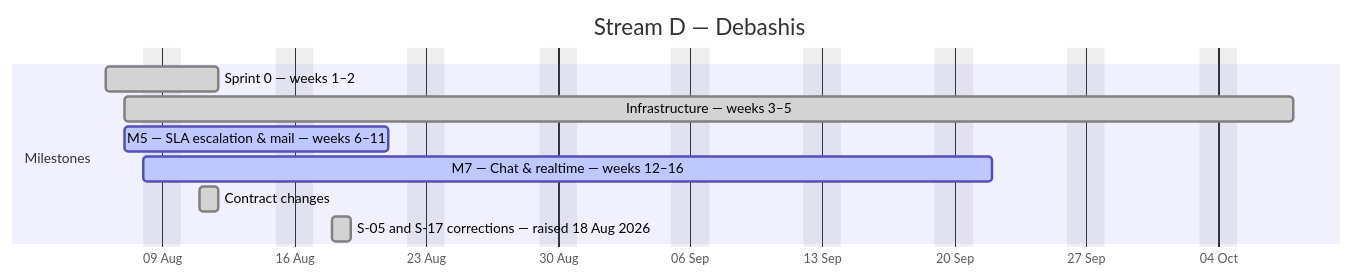
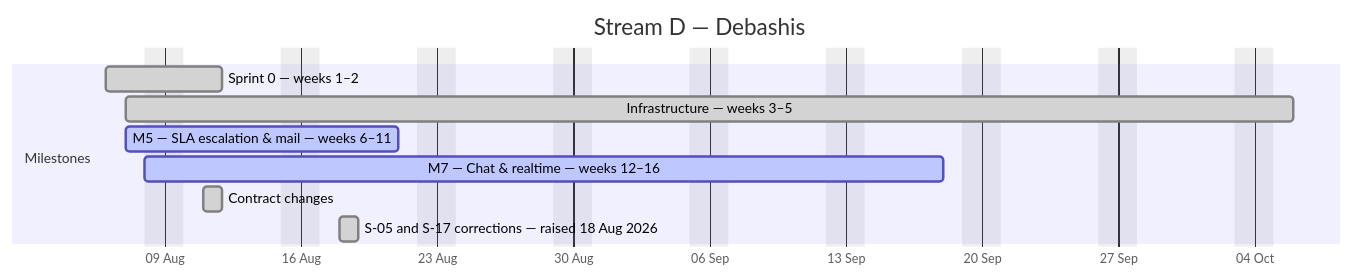
One commit to debashisedunext/EduTrack changed the fourth of 4 diagrams in docs/plan/GANTT.md. Above: the diagram before and after it, drawn with Mermaid. The commit also changed other lines of this file and 3 other files, not shown here.

````diff
--- a/docs/plan/GANTT.md
+++ b/docs/plan/GANTT.md
@@ -143,14 +143,14 @@
 ```mermaid
 gantt
     dateFormat YYYY-MM-DD
     axisFormat %d %b
     title Stream D — Debashis
     excludes weekends
     section Milestones
     Sprint 0 — weeks 1–2 :done, d0, 2026-08-06, 4d
-    Infrastructure — weeks 3–5 :done, d1, 2026-08-07, 44d
+    Infrastructure — weeks 3–5 :done, d1, 2026-08-07, 42d
     M5 — SLA  escalation & mail — weeks 6–11 :active, d2, 2026-08-07, 10d
-    M7 — Chat & realtime — weeks 12–16 :active, d3, 2026-08-08, 32d
+    M7 — Chat & realtime — weeks 12–16 :active, d3, 2026-08-08, 30d
     Contract changes :done, d4, 2026-08-11, 1d
     S-05 and S-17 corrections — raised 18 Aug 2026 :done, d5, 2026-08-18, 1d
 ```
````
